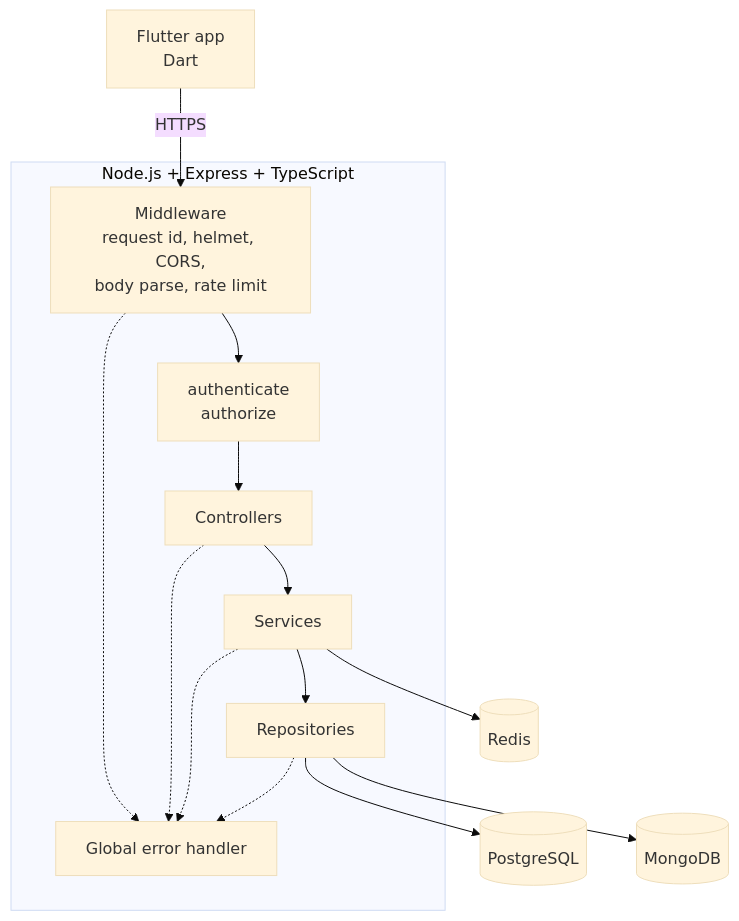
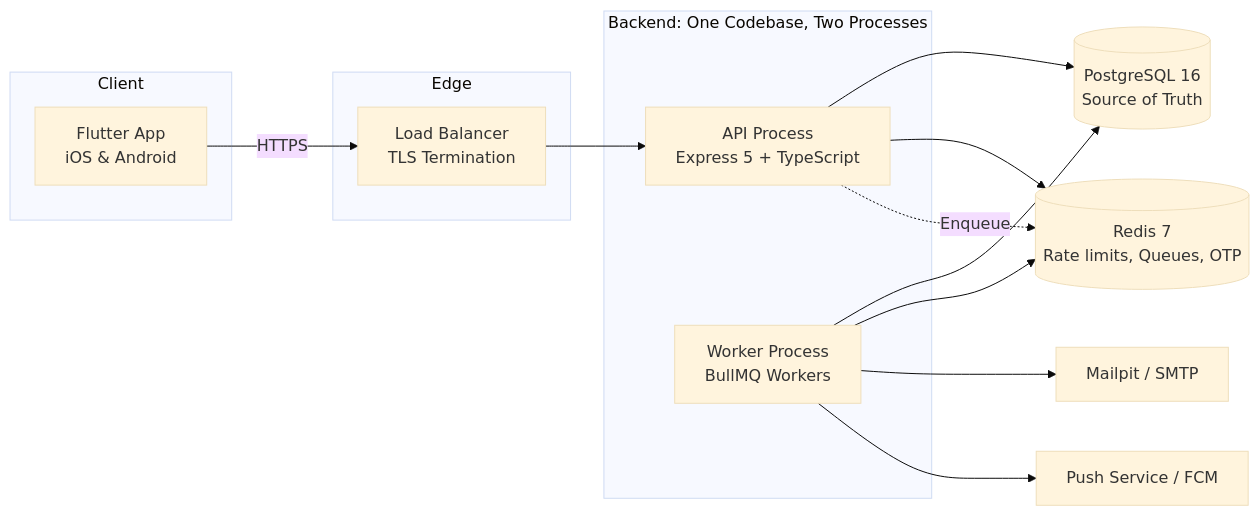
One commit to KarimOmarShawky/life-style-app changed the diagram in docs/architecture/overview.md. Above: the diagram before and after it, drawn with Mermaid (base theme). The commit also changed other lines of this file and 375 other files, not shown here.

````diff
--- a/docs/architecture/overview.md
+++ b/docs/architecture/overview.md
@@ -3,23 +11,29 @@
 ```mermaid
-graph TD
-    FL["Flutter app<br/>Dart"]
-    FL -->|HTTPS| MW
-
-    subgraph API["Node.js + Express + TypeScript"]
-        MW["Middleware<br/>request id, helmet, CORS,<br/>body parse, rate limit"]
-        MW --> AUTH["authenticate<br/>authorize"]
-        AUTH --> CTL[Controllers]
-        CTL --> SVC[Services]
-        SVC --> REP[Repositories]
-        ERR["Global error handler"]
+flowchart LR
+    subgraph Client
+        F[Flutter App<br/>iOS & Android]
     end
 
-    REP --> PG[(PostgreSQL)]
-    REP --> MG[(MongoDB)]
-    SVC --> RD[(Redis)]
+    subgraph Edge
+        LB[Load Balancer<br/>TLS Termination]
+    end
 
-    MW -.-> ERR
-    CTL -.-> ERR
-    SVC -.-> ERR
-    REP -.-> ERR
+    subgraph Backend[Backend: One Codebase, Two Processes]
+        API[API Process<br/>Express 5 + TypeScript]
+        W[Worker Process<br/>BullMQ Workers]
+    end
+
+    PG[(PostgreSQL 16<br/>Source of Truth)]
+    R[(Redis 7<br/>Rate limits, Queues, OTP)]
+    MAIL[Mailpit / SMTP]
+    FCM[Push Service / FCM]
+
+    F -- HTTPS --> LB --> API
+    API --> PG
+    API --> R
+    W --> PG
+    W --> R
+    W --> MAIL
+    W --> FCM
+    API -. Enqueue .-> R
 ```
````
